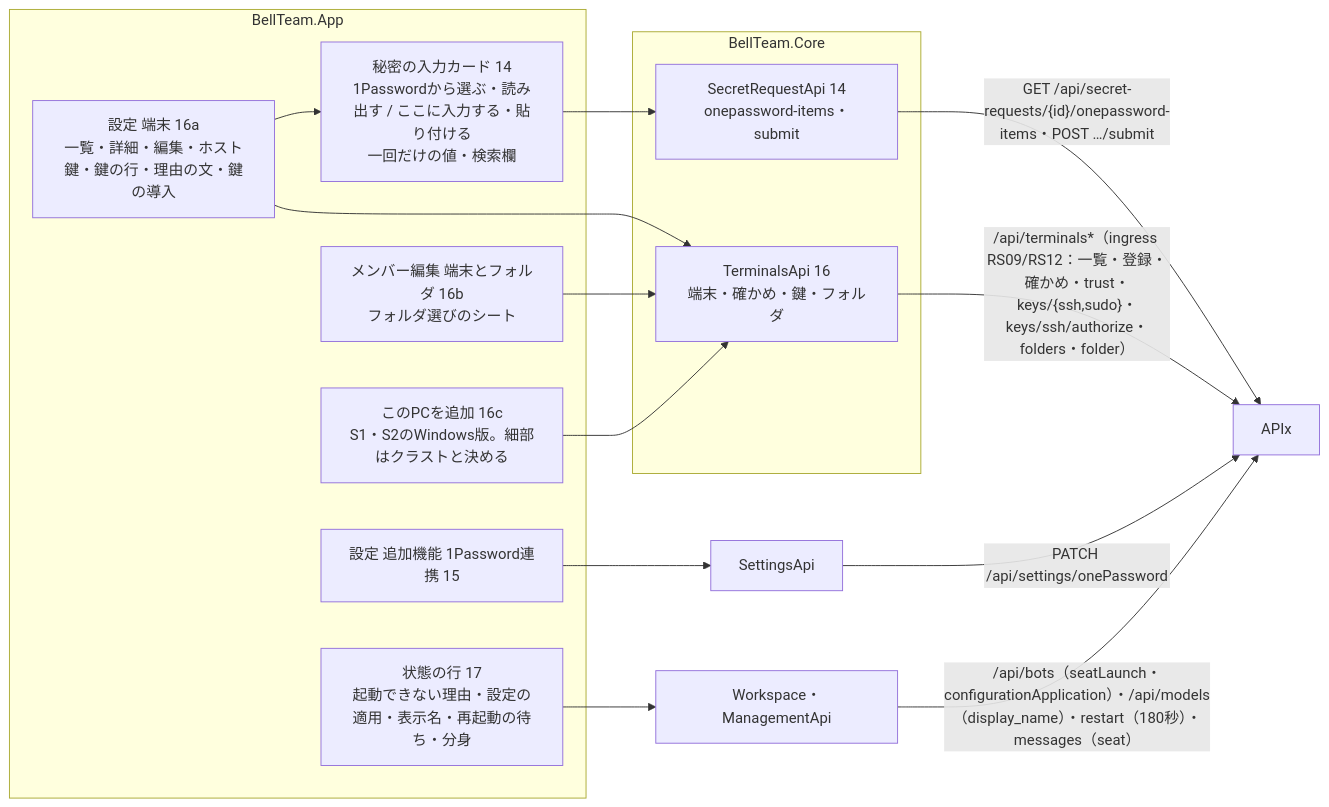
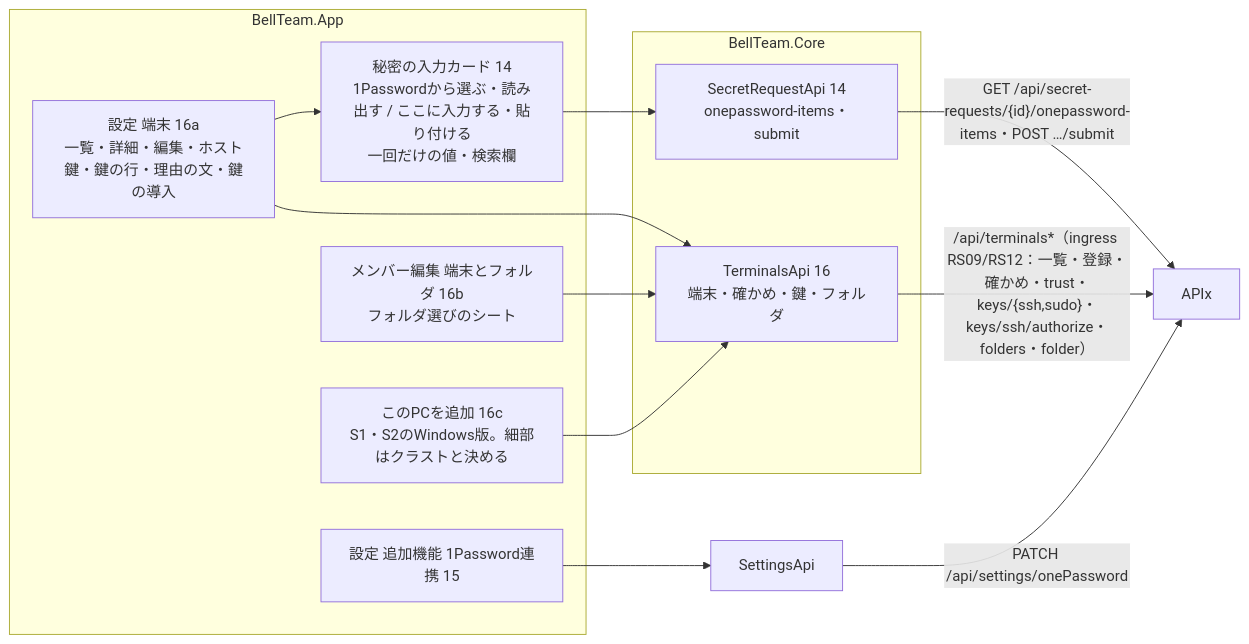
Before and after one commit to kitepon/BellTeam: the fifth of 6 diagrams in docs/windows-architecture.md, drawn with Mermaid. The commit also changed other lines of this file and 29 other files, not shown here.

````diff
--- a/docs/windows-architecture.md
+++ b/docs/windows-architecture.md
@@ -134,26 +135,23 @@
 ```mermaid
 flowchart LR
   subgraph AppNew[BellTeam.App]
     N2[秘密の入力カード 14<br/>1Passwordから選ぶ・読み出す / ここに入力する・貼り付ける<br/>一回だけの値・検索欄]
     N3[設定 追加機能 1Password連携 15]
     N4[設定 端末 16a<br/>一覧・詳細・編集・ホスト鍵・鍵の行・理由の文・鍵の導入]
     N5[メンバー編集 端末とフォルダ 16b<br/>フォルダ選びのシート]
     N6[このPCを追加 16c<br/>S1・S2のWindows版。細部はクラストと決める]
-    N7[状態の行 17<br/>起動できない理由・設定の適用・表示名・再起動の待ち・分身]
   end
   subgraph CoreNew[BellTeam.Core]
     W2[SecretRequestApi 14<br/>onepassword-items・submit]
     W3[TerminalsApi 16<br/>端末・確かめ・鍵・フォルダ]
   end
   N2 --> W2
   N3 --> C6x[SettingsApi]
   N4 --> W3
   N4 --> N2
   N5 --> W3
   N6 --> W3
-  N7 --> C1x[Workspace・ManagementApi]
   W2 -->|"GET /api/secret-requests/{id}/onepassword-items・POST …/submit"| APIx
   W3 -->|"/api/terminals*（ingress RS09/RS12：一覧・登録・確かめ・trust・keys/{ssh,sudo}・keys/ssh/authorize・folders・folder）"| APIx
   C6x -->|"PATCH /api/settings/onePassword"| APIx
-  C1x -->|"/api/bots（seatLaunch・configurationApplication）・/api/models（display_name）・restart（180秒）・messages（seat）"| APIx
 ```
````
